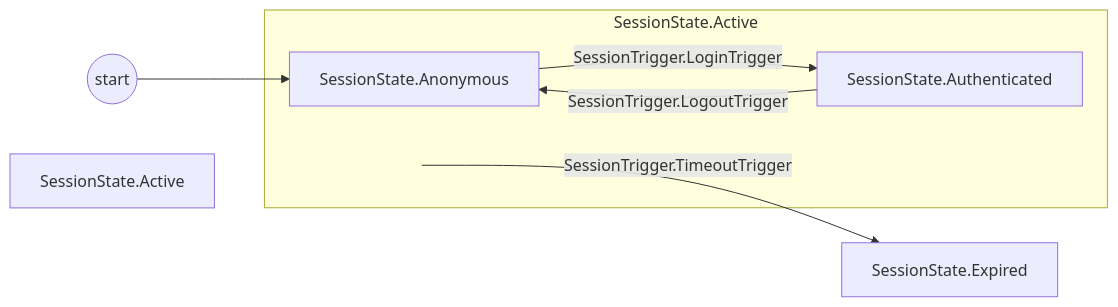
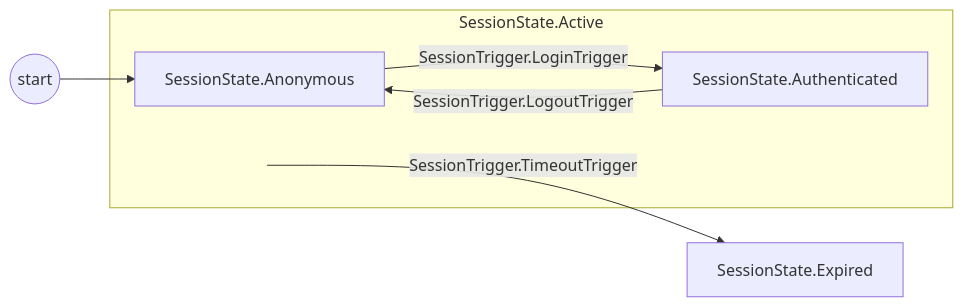
The diagram in FunctionalStateMachine.Samples/diagrams/SessionLogin.md (leeoades/FunctionalStateMachine), drawn with Mermaid before and after one commit. The commit also changed 2 other files, not shown here.

Commit message:
Fix bug where superstate label was being rendered along side container with substates.

````diff
--- a/FunctionalStateMachine.Samples/diagrams/SessionLogin.md
+++ b/FunctionalStateMachine.Samples/diagrams/SessionLogin.md
@@ -3,16 +3,15 @@
 ```mermaid
 flowchart LR
   START((start)) --> S_SessionState_Anonymous
   subgraph SG_SessionState_Active[SessionState.Active]
     P_SessionState_Active(( ))
     S_SessionState_Anonymous[SessionState.Anonymous]
     S_SessionState_Authenticated[SessionState.Authenticated]
   end
   S_SessionState_Expired[SessionState.Expired]
-  S_SessionState_Active[SessionState.Active]
   classDef superstatePort fill:transparent,stroke:transparent;
   class P_SessionState_Active superstatePort;
   P_SessionState_Active -->|SessionTrigger.TimeoutTrigger| S_SessionState_Expired
   S_SessionState_Anonymous -->|SessionTrigger.LoginTrigger| S_SessionState_Authenticated
   S_SessionState_Authenticated -->|SessionTrigger.LogoutTrigger| S_SessionState_Anonymous
 ```
````
